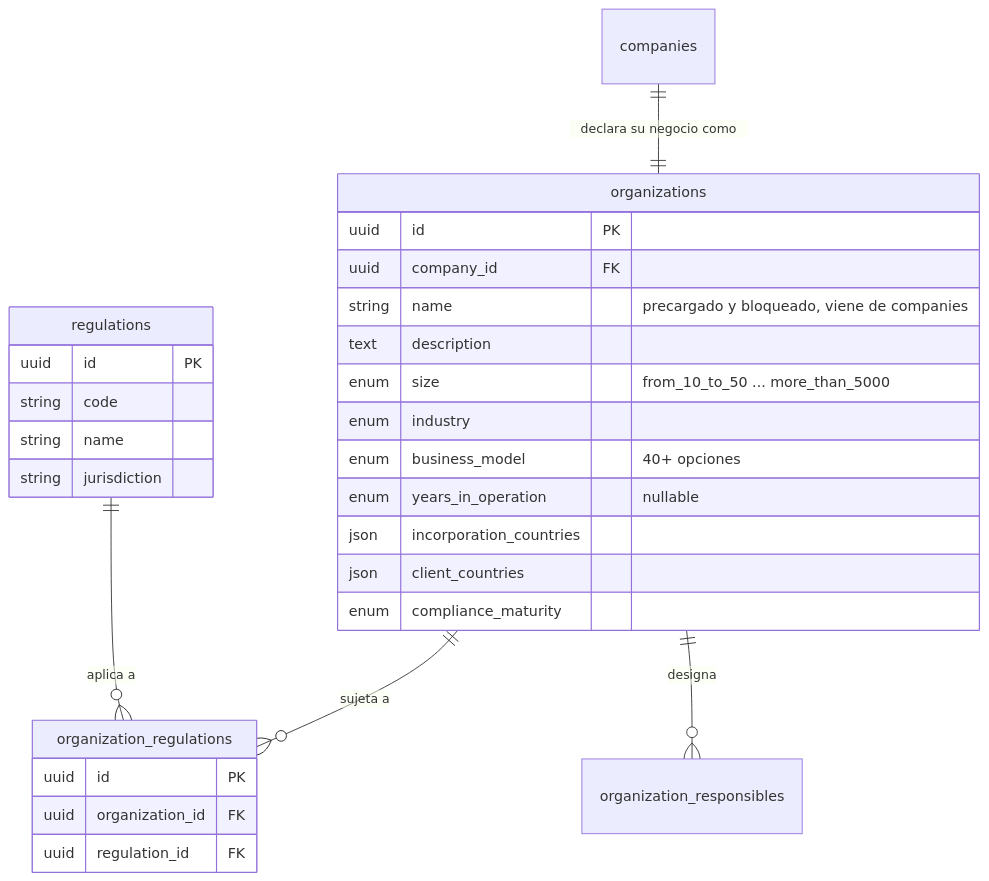
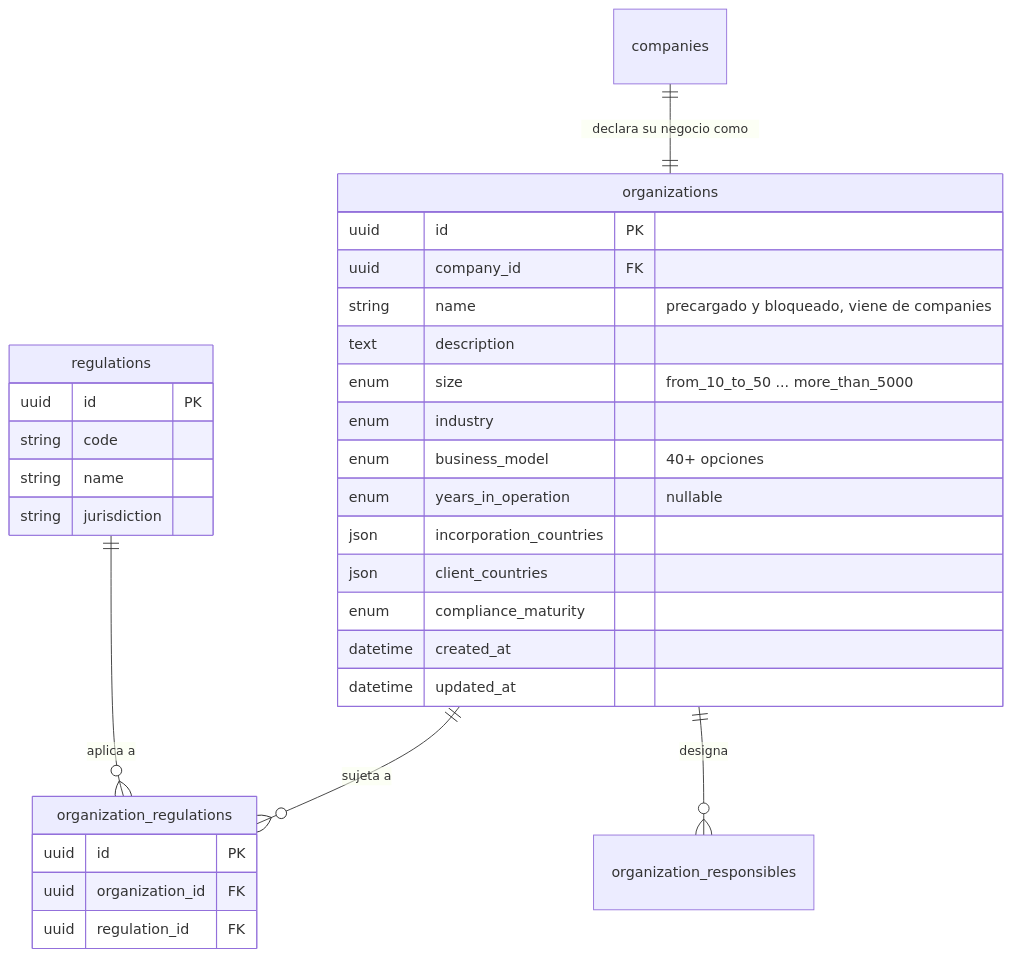
Before and after one commit to Monkey-GRC/Monkey-Brain-IA: the eighth of 16 diagrams in skills/product/monkey-compliance-council/references/modelo-datos.md, drawn with Mermaid. The commit also changed other lines of this file and 9 other files, not shown here.

````diff
--- a/skills/product/monkey-compliance-council/references/modelo-datos.md
+++ b/skills/product/monkey-compliance-council/references/modelo-datos.md
@@ -800,31 +930,33 @@
 ```mermaid
 erDiagram
     organizations {
         uuid id PK
         uuid company_id FK
         string name "precargado y bloqueado, viene de companies"
         text description
         enum size "from_10_to_50 ... more_than_5000"
         enum industry
         enum business_model "40+ opciones"
         enum years_in_operation "nullable"
         json incorporation_countries
         json client_countries
         enum compliance_maturity
+        datetime created_at
+        datetime updated_at
     }
     regulations {
         uuid id PK
         string code
         string name
         string jurisdiction
     }
     organization_regulations {
         uuid id PK
         uuid organization_id FK
         uuid regulation_id FK
     }
     companies ||--|| organizations : "declara su negocio como"
     organizations ||--o{ organization_regulations : "sujeta a"
     regulations ||--o{ organization_regulations : "aplica a"
     organizations ||--o{ organization_responsibles : "designa"
 ```
````
